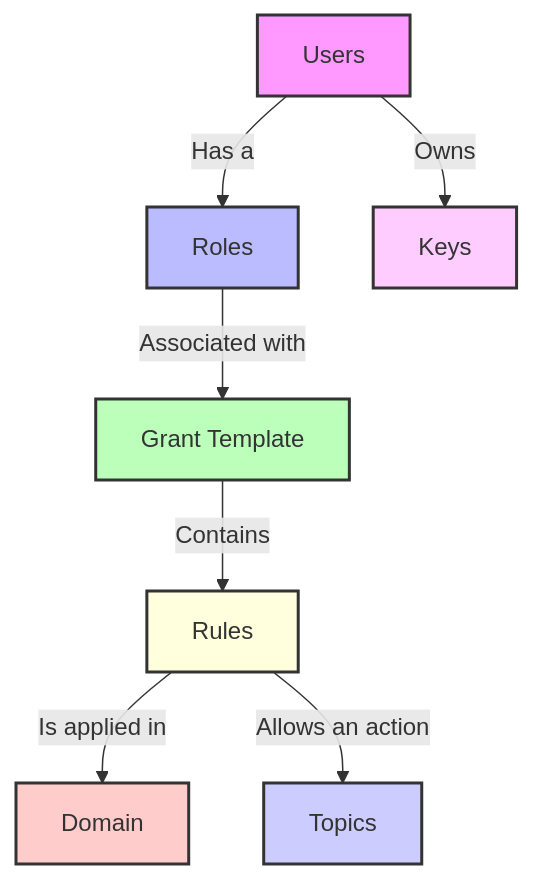
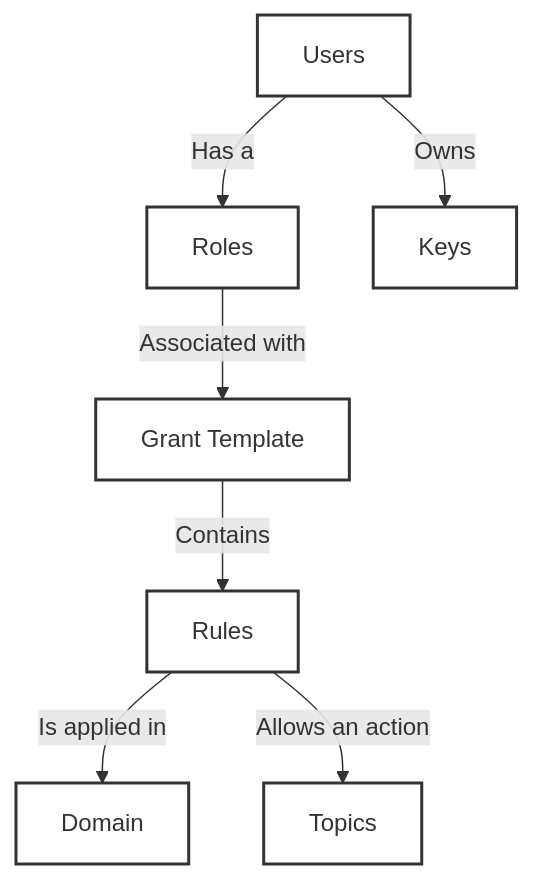
The diagram in README.md (argelion14/TFM-AngelAmadeoGonzalezRuiz), drawn with Mermaid before and after one commit. The commit also changed 2 other files, not shown here.

Commit message:
Refactor flowchart styles in README.md for improved readability; add grant templates API implementation in grant_templates.py

````diff
--- a/README.md
+++ b/README.md
@@ -173,19 +173,13 @@
 ```mermaid
 flowchart TD
-    %% Relaciones
     A[Users] -->|Has a| R[Roles]
     A -->|Owns| K[Keys]
     R -->|Associated with| G[Grant Template]
     G -->|Contains| Rules[Rules]
     Rules -->|Is applied in| D[Domain]
     Rules -->|Allows an action| T[Topics]
 
-    %% Estilos
-    style A fill:#f9f,stroke:#333,stroke-width:2px
-    style R fill:#bbf,stroke:#333,stroke-width:2px
-    style G fill:#bfb,stroke:#333,stroke-width:2px
-    style Rules fill:#ffd,stroke:#333,stroke-width:2px
-    style D fill:#fcc,stroke:#333,stroke-width:2px
-    style T fill:#ccf,stroke:#333,stroke-width:2px
-    style K fill:#fcf,stroke:#333,stroke-width:2px
+    classDef whitefill fill:#ffffff,stroke:#333,stroke-width:2px;
+
+    class A,R,G,Rules,D,T,K whitefill;
 ```
````
